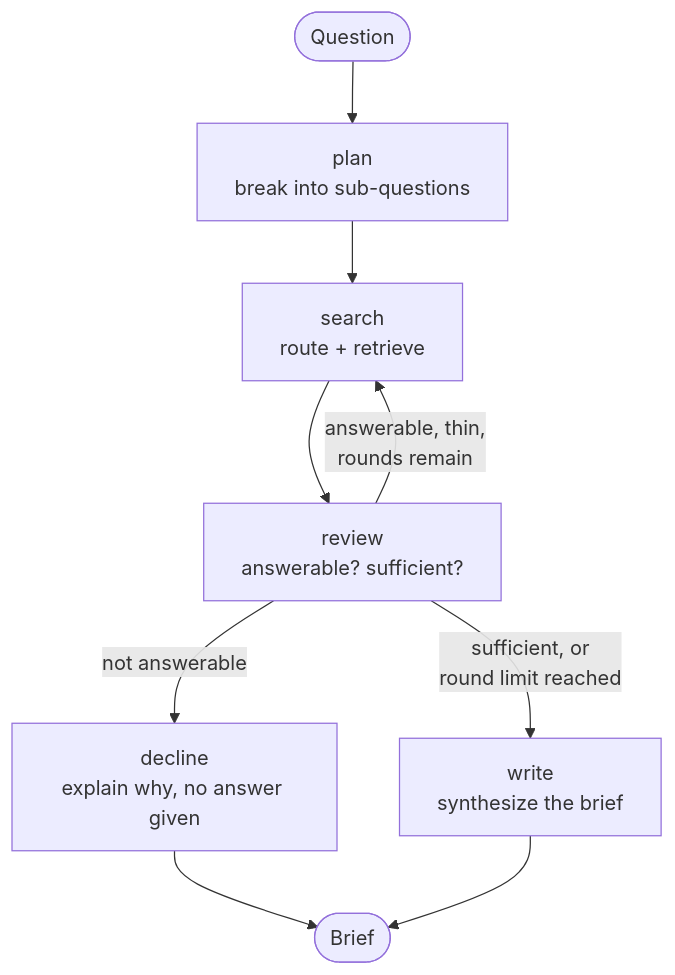
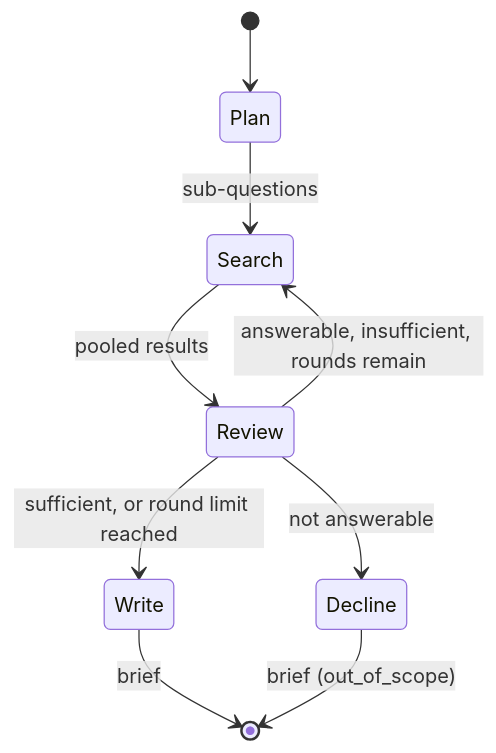
One commit to AlishbaTariq-atk/engineering-research-agent changed the second of 2 diagrams in README.md. Above: the diagram before and after it, drawn with Mermaid. The commit also changed other lines of this file, not shown here.

First line of the commit message:
Redo README diagrams using standard notation

````diff
--- a/README.md
+++ b/README.md
@@ -46,11 +93,11 @@
 ```mermaid
-flowchart TD
-    Start(["Question"]) --> Plan["plan\nbreak into sub-questions"]
-    Plan --> Search2["search\nroute + retrieve"]
-    Search2 --> Review["review\nanswerable? sufficient?"]
-    Review -->|not answerable| Decline["decline\nexplain why, no answer given"]
-    Review -->|answerable, thin,\nrounds remain| Search2
-    Review -->|sufficient, or\nround limit reached| Write["write\nsynthesize the brief"]
-    Decline --> End(["Brief"])
-    Write --> End
+stateDiagram-v2
+    [*] --> Plan
+    Plan --> Search: sub-questions
+    Search --> Review: pooled results
+    Review --> Search: answerable, insufficient, rounds remain
+    Review --> Write: sufficient, or round limit reached
+    Review --> Decline: not answerable
+    Write --> [*]: brief
+    Decline --> [*]: brief (out_of_scope)
 ```
````
